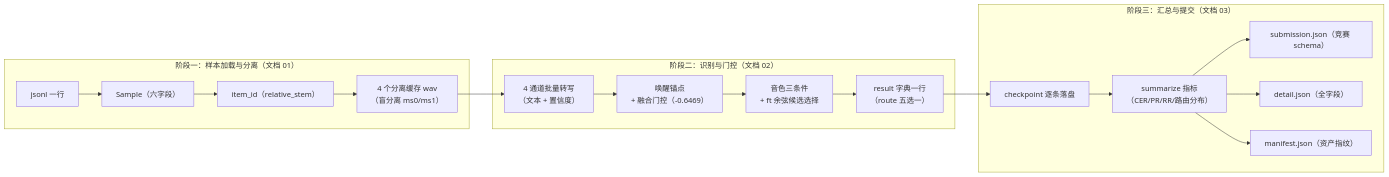
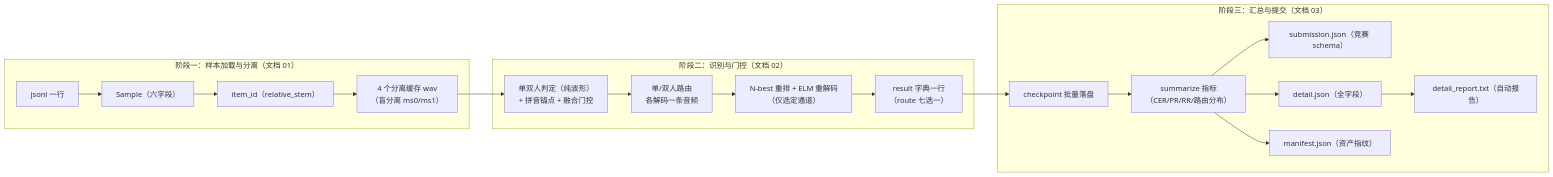
Before and after one commit to hanlin2007/2026-Midea-Best-Hanlin: the diagram in docs/一条数据的流动全景-03-汇总与提交产出.md, drawn with Mermaid. The commit also changed other lines of this file and 15 other files, not shown here.

````diff
--- a/docs/一条数据的流动全景-03-汇总与提交产出.md
+++ b/docs/一条数据的流动全景-03-汇总与提交产出.md
@@ -270,16 +279,17 @@
 ```mermaid
 flowchart LR
     subgraph S1["阶段一：样本加载与分离（文档 01）"]
         A1["jsonl 一行"] --> A2["Sample（六字段）"] --> A3["item_id（relative_stem）"] --> A4["4 个分离缓存 wav<br/>（盲分离 ms0/ms1）"]
     end
     subgraph S2["阶段二：识别与门控（文档 02）"]
-        A4 --> B1["4 通道批量转写<br/>（文本 + 置信度）"] --> B2["唤醒锚点<br/>+ 融合门控（-0.6469）"] --> B3["音色三条件<br/>+ ft 余弦候选选择"] --> B4["result 字典一行<br/>（route 五选一）"]
+        A4 --> B1["单双人判定（纯波形）<br/>+ 拼音锚点 + 融合门控"] --> B2["单/双人路由<br/>各解码一条音频"] --> B3["N-best 重排 + ELM 重解码<br/>（仅选定通道）"] --> B4["result 字典一行<br/>（route 七选一）"]
     end
     subgraph S3["阶段三：汇总与提交（文档 03）"]
-        B4 --> C1["checkpoint 逐条落盘"]
+        B4 --> C1["checkpoint 批量落盘"]
         C1 --> C2["summarize 指标<br/>（CER/PR/RR/路由分布）"]
         C2 --> C3["submission.json（竞赛 schema）"]
         C2 --> C4["detail.json（全字段）"]
         C2 --> C5["manifest.json（资产指纹）"]
+        C4 --> C6["detail_report.txt（自动报告）"]
     end
 ```
````
